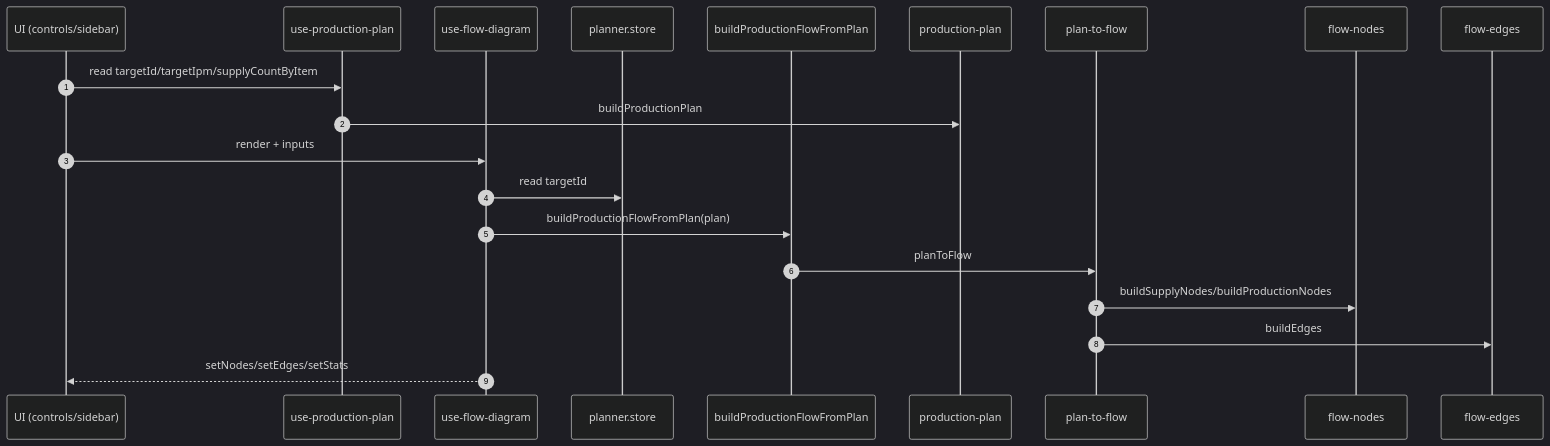
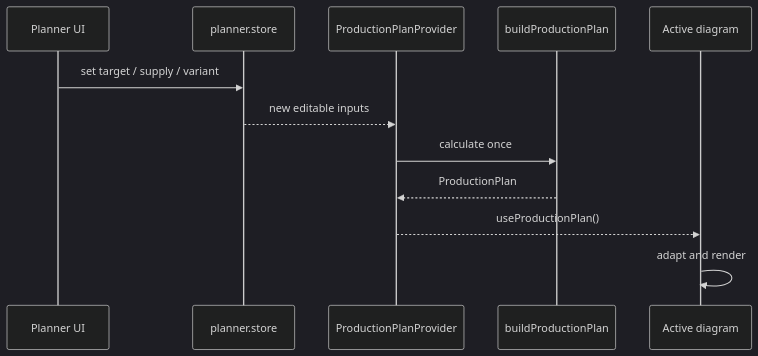
The second of 2 diagrams in src/features/planner/README.md (javiluli/starrupture-planner), drawn with Mermaid (dark theme) before and after one commit. The commit also changed other lines of this file and 293 other files, not shown here.

````diff
--- a/src/features/planner/README.md
+++ b/src/features/planner/README.md
@@ -143,23 +63,15 @@
 ```mermaid
 sequenceDiagram
-  autonumber
-  participant UI as UI (controls/sidebar)
-  participant PlanHook as use-production-plan
-  participant Hook as use-flow-diagram
+  participant UI as Planner UI
   participant Store as planner.store
-  participant Builder as buildProductionFlowFromPlan
-  participant Plan as production-plan
-  participant PlanToFlow as plan-to-flow
-  participant CoreNodes as flow-nodes
-  participant CoreEdges as flow-edges
+  participant Provider as ProductionPlanProvider
+  participant Builder as buildProductionPlan
+  participant View as Active diagram
 
-  UI->>PlanHook: read targetId/targetIpm/supplyCountByItem
-  PlanHook->>Plan: buildProductionPlan
-  UI->>Hook: render + inputs
-  Hook->>Store: read targetId
-  Hook->>Builder: buildProductionFlowFromPlan(plan)
-  Builder->>PlanToFlow: planToFlow
-  PlanToFlow->>CoreNodes: buildSupplyNodes/buildProductionNodes
-  PlanToFlow->>CoreEdges: buildEdges
-  Hook-->>UI: setNodes/setEdges/setStats
+  UI->>Store: set target / supply / variant
+  Store-->>Provider: new editable inputs
+  Provider->>Builder: calculate once
+  Builder-->>Provider: ProductionPlan
+  Provider-->>View: useProductionPlan()
+  View->>View: adapt and render
 ```
````
